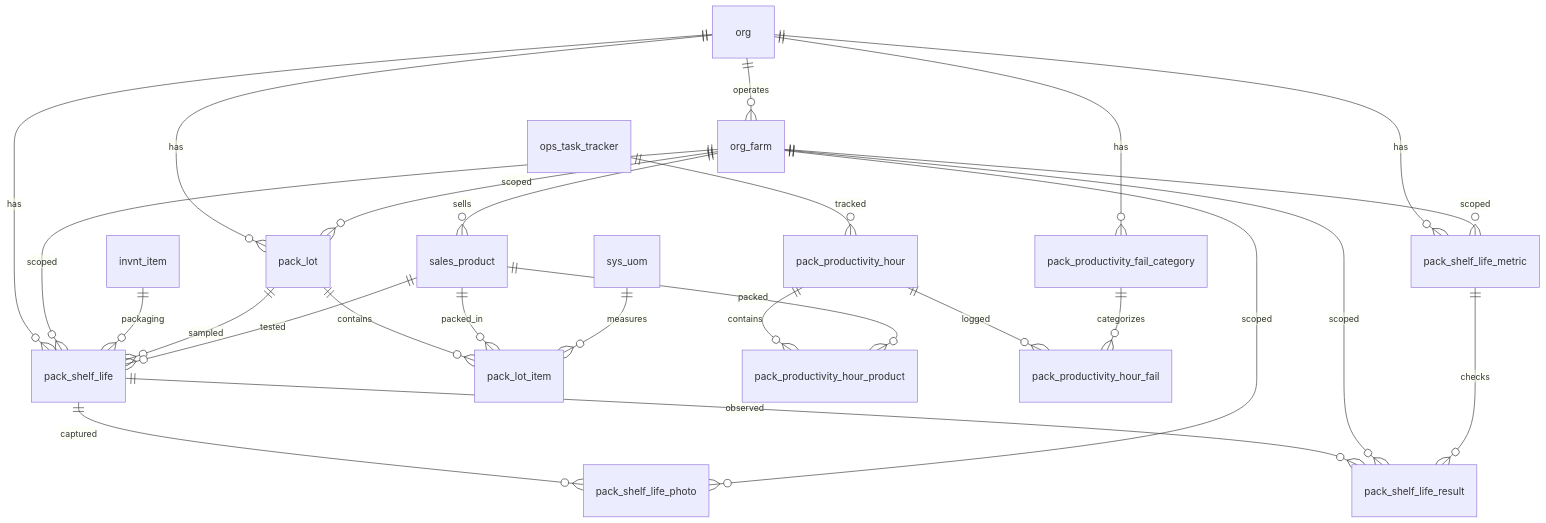
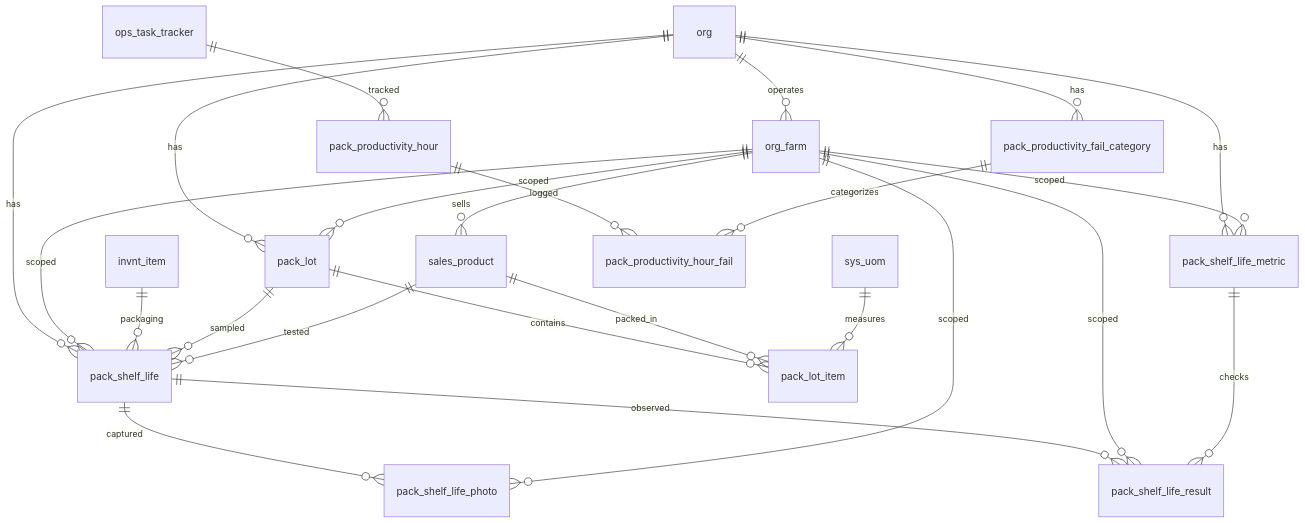
One commit to Hawaii-Farming/aloha-app changed the diagram in docs/schemas/20260401000007_pack.md. Above: the diagram before and after it, drawn with Mermaid. The commit also changed other lines of this file and 15 other files, not shown here.

First line of the commit message:
Add house inspections migration, business rules, sync schema docs with SQL

````diff
--- a/docs/schemas/20260401000007_pack.md
+++ b/docs/schemas/20260401000007_pack.md
@@ -11,29 +11,27 @@
 ```mermaid
 erDiagram
     org ||--o{ org_farm : operates
     org ||--o{ pack_lot : has
     org ||--o{ pack_shelf_life_metric : has
     org ||--o{ pack_shelf_life : has
     org_farm ||--o{ sales_product : sells
     org_farm ||--o{ pack_lot : scoped
     pack_lot ||--o{ pack_lot_item : contains
     sales_product ||--o{ pack_lot_item : packed_in
     sys_uom ||--o{ pack_lot_item : measures
 
     org_farm ||--o{ pack_shelf_life_metric : scoped
     org_farm ||--o{ pack_shelf_life : scoped
     invnt_item ||--o{ pack_shelf_life : packaging
     pack_lot ||--o{ pack_shelf_life : sampled
     sales_product ||--o{ pack_shelf_life : tested
     pack_shelf_life ||--o{ pack_shelf_life_result : observed
     org_farm ||--o{ pack_shelf_life_result : scoped
     pack_shelf_life_metric ||--o{ pack_shelf_life_result : checks
     pack_shelf_life ||--o{ pack_shelf_life_photo : captured
     org_farm ||--o{ pack_shelf_life_photo : scoped
     org ||--o{ pack_productivity_fail_category : has
     ops_task_tracker ||--o{ pack_productivity_hour : tracked
-    pack_productivity_hour ||--o{ pack_productivity_hour_product : contains
     pack_productivity_hour ||--o{ pack_productivity_hour_fail : logged
-    sales_product ||--o{ pack_productivity_hour_product : packed
     pack_productivity_fail_category ||--o{ pack_productivity_hour_fail : categorizes
 ```
````
